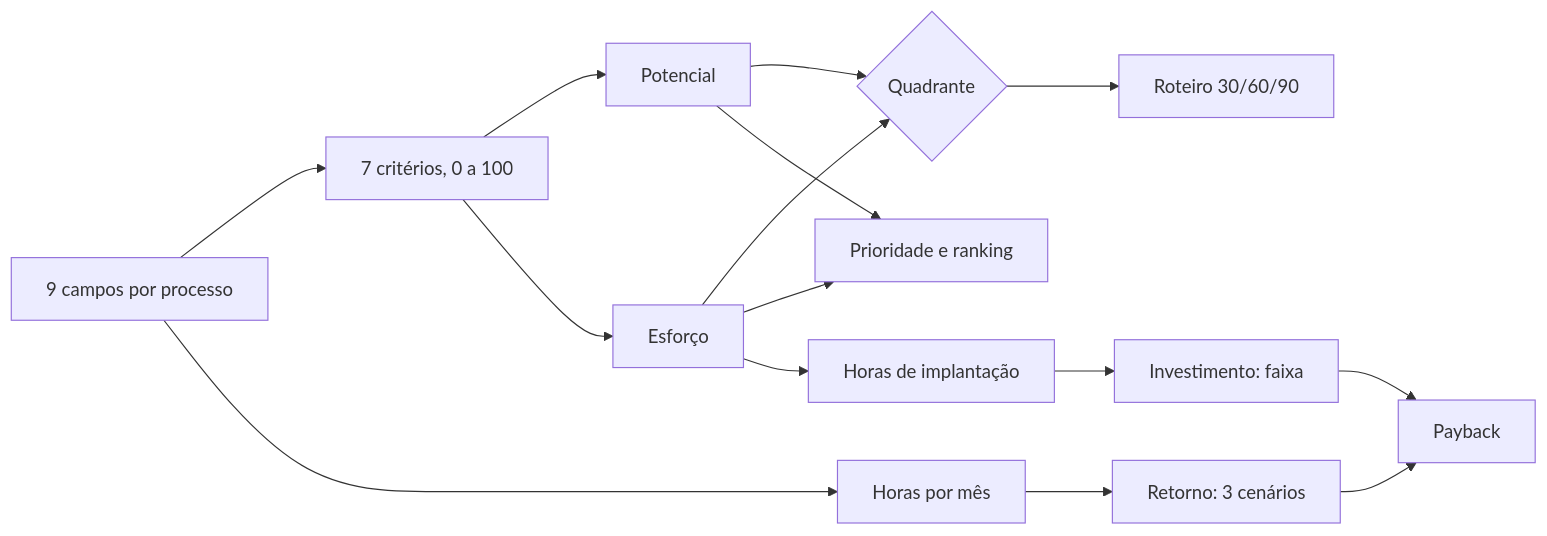
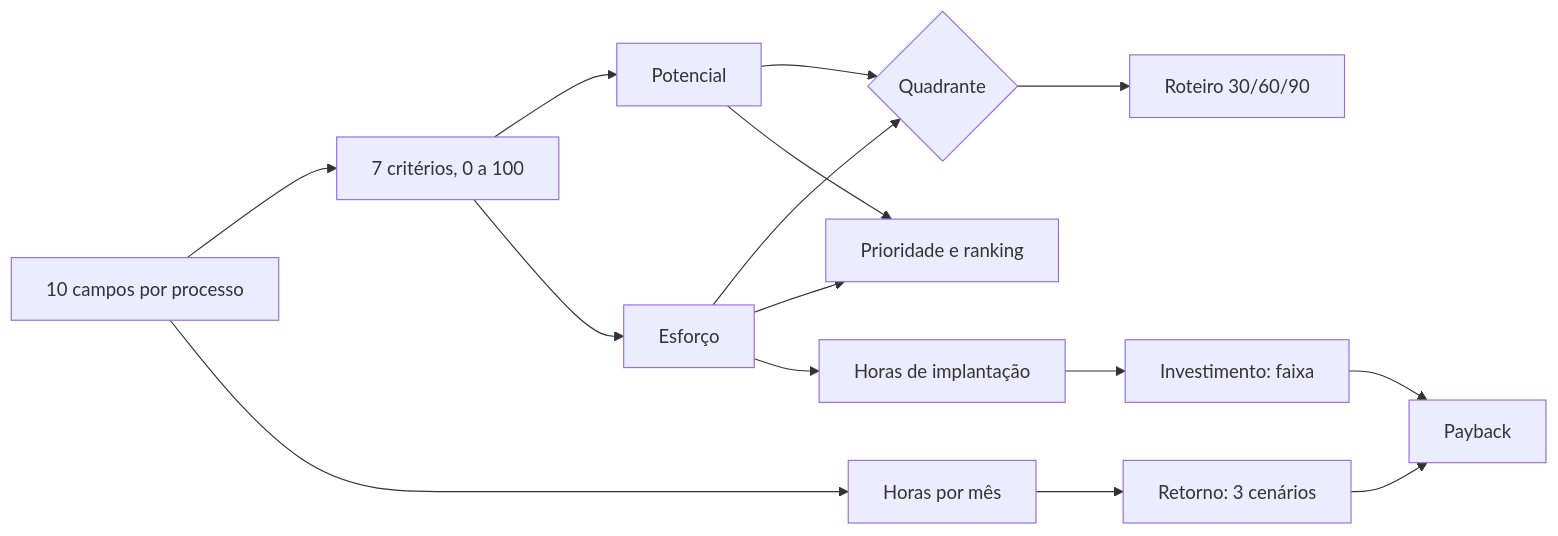
One commit to Joaogabrielmaia/Process-diagnostic-tool changed the first of 3 diagrams in README.md. Above: the diagram before and after it, drawn with Mermaid. The commit also changed other lines of this file and 38 other files, not shown here.

````diff
--- a/README.md
+++ b/README.md
@@ -60,15 +60,15 @@
 ```mermaid
 flowchart LR
-    I[9 campos por processo] --> C[7 critérios, 0 a 100]
+    I[10 campos por processo] --> C[7 critérios, 0 a 100]
     C --> P[Potencial]
     C --> E[Esforço]
     P --> Q{Quadrante}
     E --> Q
     P --> R[Prioridade e ranking]
     E --> R
     I --> H[Horas por mês] --> RET[Retorno: 3 cenários]
     E --> DEV[Horas de implantação] --> INV[Investimento: faixa]
     RET --> PB[Payback]
     INV --> PB
     Q --> RM[Roteiro 30/60/90]
 ```
````
